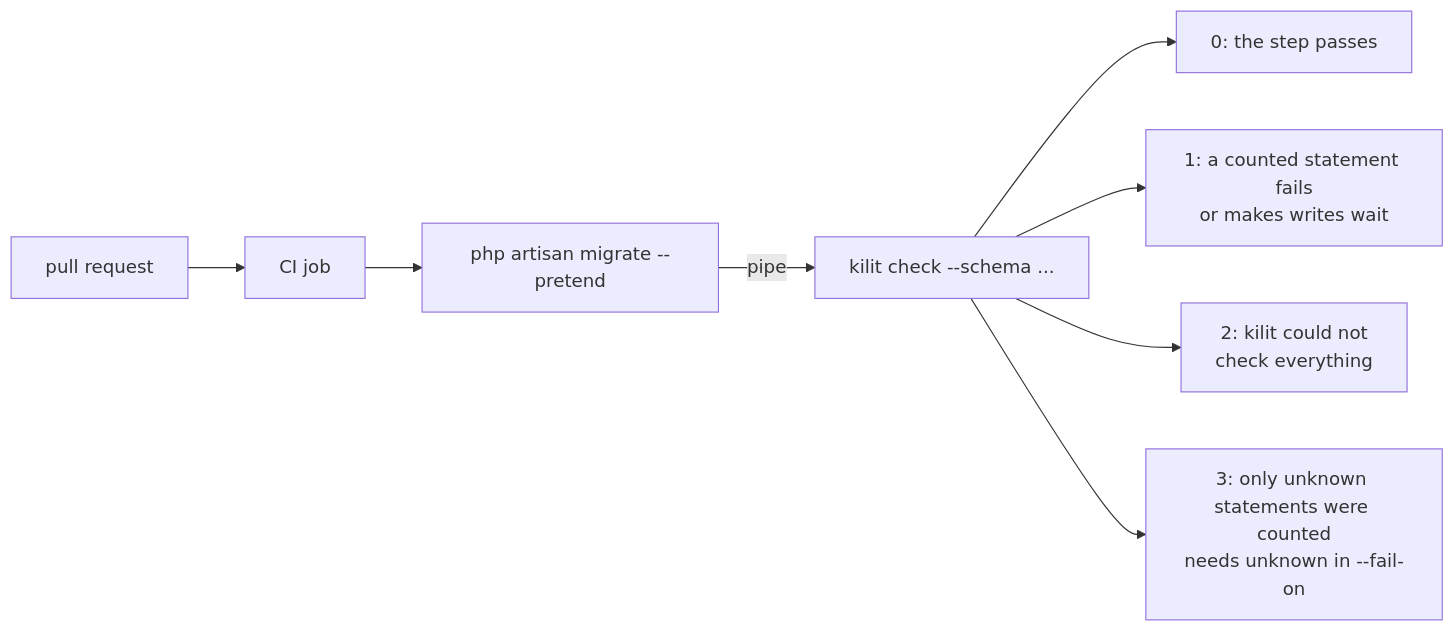
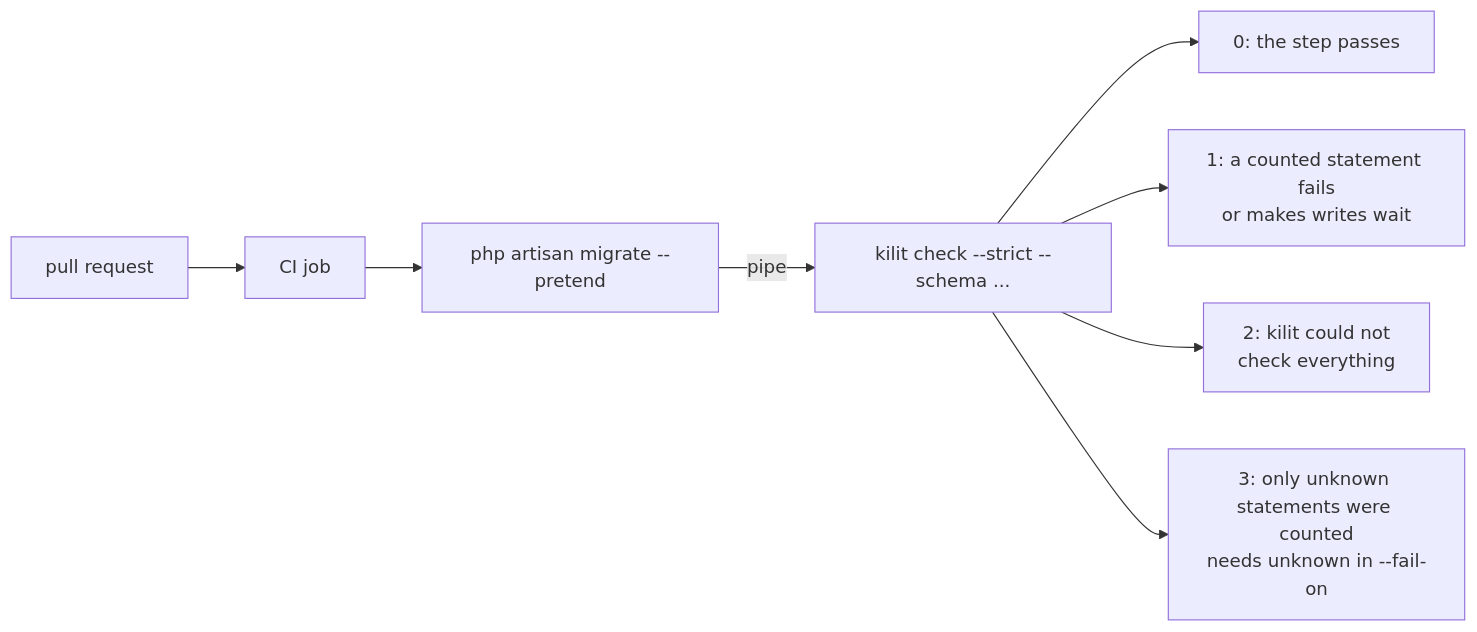
The second of 3 diagrams in README.md (Veysel440/kilit), drawn with Mermaid before and after one commit. The commit also changed other lines of this file and 31 other files, not shown here.

````diff
--- a/README.md
+++ b/README.md
@@ -247,10 +256,10 @@
 ```mermaid
 flowchart LR
     pr["pull request"] --> job["CI job"]
     job --> pretend["php artisan migrate --pretend"]
-    pretend -->|"pipe"| check["kilit check --schema ..."]
+    pretend -->|"pipe"| check["kilit check --strict --schema ..."]
     check --> s0["0: the step passes"]
     check --> s1["1: a counted statement fails<br/>or makes writes wait"]
     check --> s2["2: kilit could not<br/>check everything"]
     check --> s3["3: only unknown statements were counted<br/>needs unknown in --fail-on"]
 ```
````
